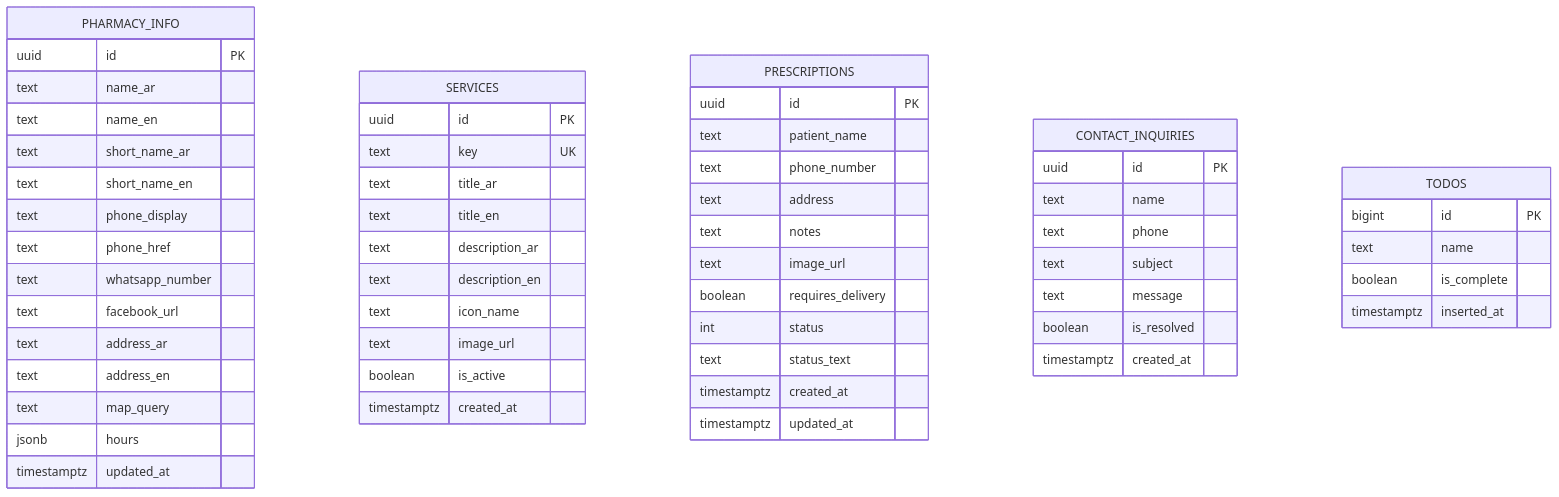
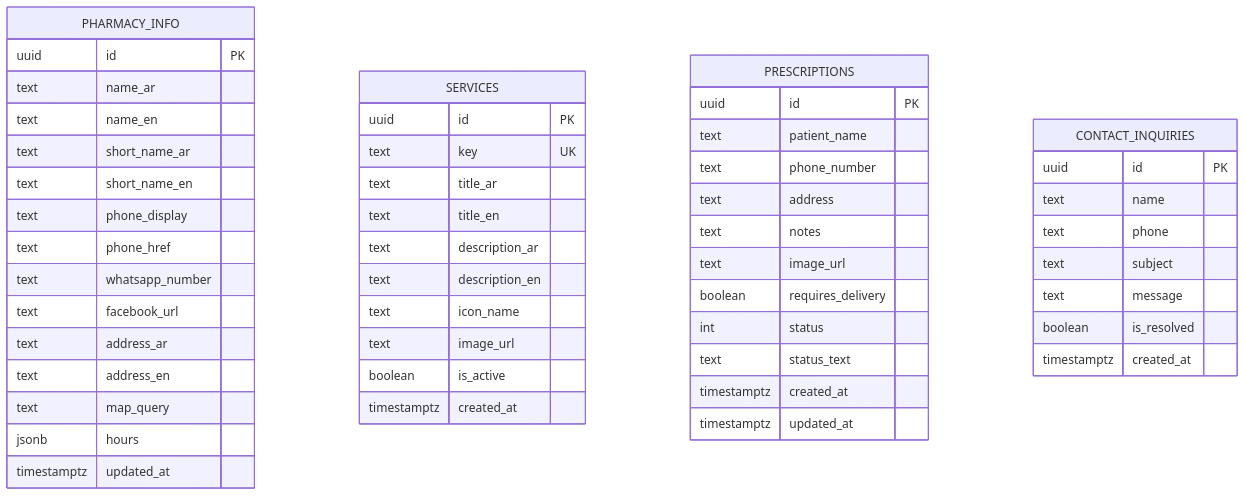
One commit to Confidential-solutions/Pharma-Dr-Ahmed-Eg changed the diagram in docs/DATABASE.md. Above: the diagram before and after it, drawn with Mermaid. The commit also changed 38 other files, not shown here.

````diff
--- a/docs/DATABASE.md
+++ b/docs/DATABASE.md
@@ -9,63 +9,56 @@
 ```mermaid
 erDiagram
     PHARMACY_INFO {
         uuid id PK
         text name_ar
         text name_en
         text short_name_ar
         text short_name_en
         text phone_display
         text phone_href
         text whatsapp_number
         text facebook_url
         text address_ar
         text address_en
         text map_query
         jsonb hours
         timestamptz updated_at
     }
 
     SERVICES {
         uuid id PK
         text key UK
         text title_ar
         text title_en
         text description_ar
         text description_en
         text icon_name
         text image_url
         boolean is_active
         timestamptz created_at
     }
 
     PRESCRIPTIONS {
         uuid id PK
         text patient_name
         text phone_number
         text address
         text notes
         text image_url
         boolean requires_delivery
         int status
         text status_text
         timestamptz created_at
         timestamptz updated_at
     }
 
     CONTACT_INQUIRIES {
         uuid id PK
         text name
         text phone
         text subject
         text message
         boolean is_resolved
         timestamptz created_at
     }
-
-    TODOS {
-        bigint id PK
-        text name
-        boolean is_complete
-        timestamptz inserted_at
-    }
 ```
````
